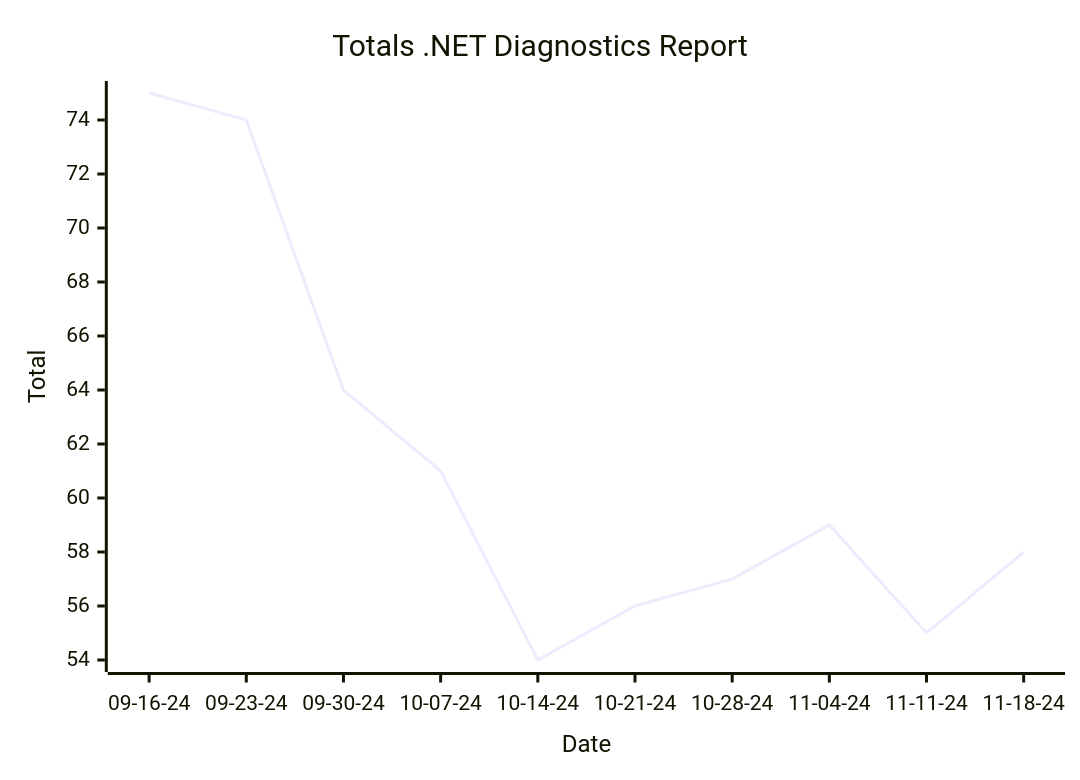
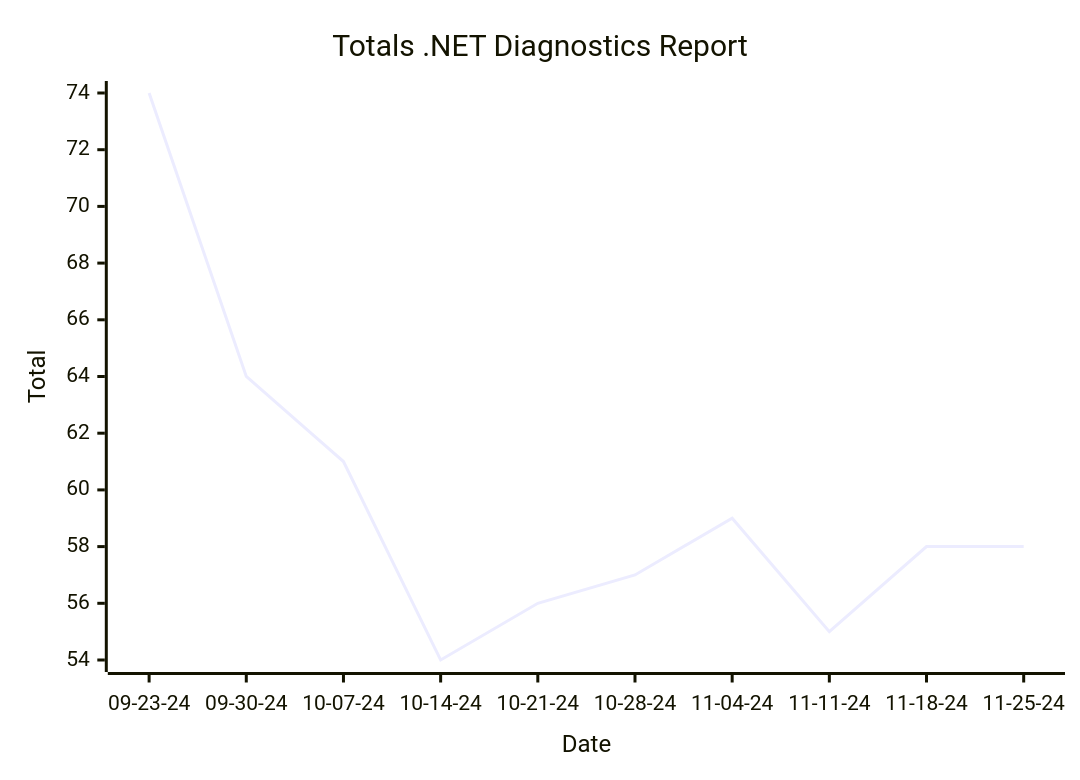
One commit to hoyosjs/gh-issue-tracker changed the first of 2 diagrams in reports/README.md. Above: the diagram before and after it, drawn with Mermaid. The commit also changed other lines of this file and 4 other files, not shown here.

````diff
--- a/reports/README.md
+++ b/reports/README.md
@@ -7,7 +7,7 @@
 ```mermaid
 xychart-beta
   title "Totals .NET Diagnostics Report"
-  x-axis "Date" ["09-16-24", "09-23-24", "09-30-24", "10-07-24", "10-14-24", "10-21-24", "10-28-24", "11-04-24", "11-11-24", "11-18-24"]
+  x-axis "Date" ["09-23-24", "09-30-24", "10-07-24", "10-14-24", "10-21-24", "10-28-24", "11-04-24", "11-11-24", "11-18-24", "11-25-24"]
   y-axis "Total"
-  line [75, 74, 64, 61, 54, 56, 57, 59, 55, 58]
+  line [74, 64, 61, 54, 56, 57, 59, 55, 58, 58]
 ```
````
